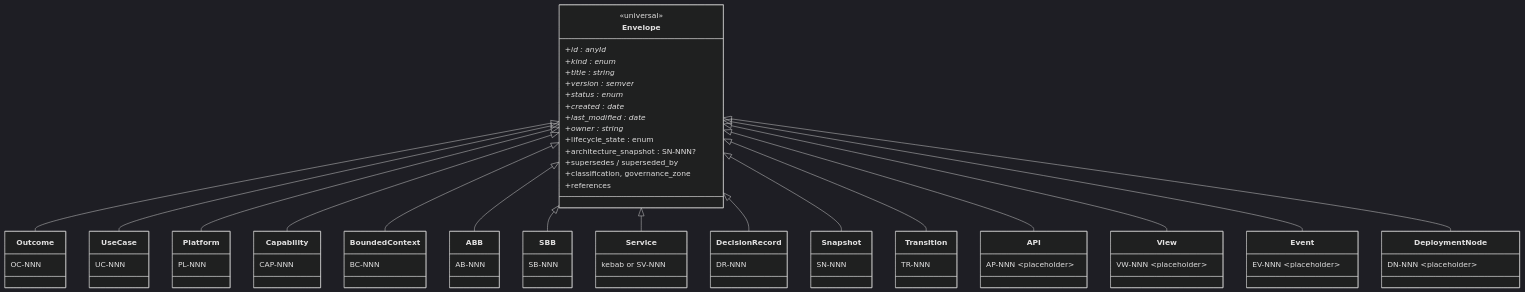
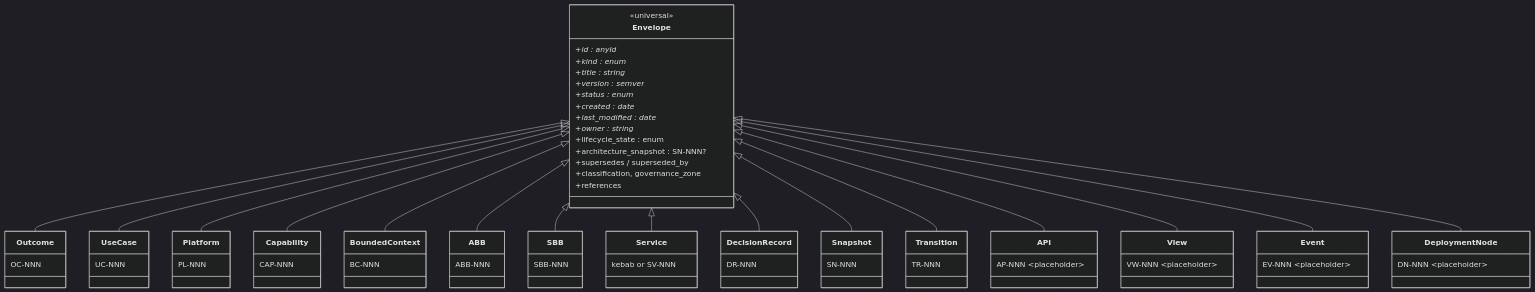
The first of 3 diagrams in standards/standard-frontmatter.md (dermot-obrien/ai-assisted-architecture), drawn with Mermaid (dark theme) before and after one commit. The commit also changed other lines of this file and 15 other files, not shown here.

First line of the commit message:
refactor(ids): unify ABB/SBB identifiers on ABB-NNN / SBB-NNN

````diff
--- a/standards/standard-frontmatter.md
+++ b/standards/standard-frontmatter.md
@@ -647,53 +647,53 @@
 ```mermaid
 classDiagram
     direction TB
 
     class Envelope {
         <<universal>>
         +id : anyId *
         +kind : enum *
         +title : string *
         +version : semver *
         +status : enum *
         +created : date *
         +last_modified : date *
         +owner : string *
         +lifecycle_state : enum
         +architecture_snapshot : SN-NNN?
         +supersedes / superseded_by
         +classification, governance_zone
         +references
     }
 
     class Outcome { OC-NNN }
     class UseCase { UC-NNN }
     class Platform { PL-NNN }
     class Capability { CAP-NNN }
     class BoundedContext { BC-NNN }
-    class ABB { AB-NNN }
-    class SBB { SB-NNN }
+    class ABB { ABB-NNN }
+    class SBB { SBB-NNN }
     class Service { kebab or SV-NNN }
     class DecisionRecord { DR-NNN }
     class Snapshot { SN-NNN }
     class Transition { TR-NNN }
     class API { AP-NNN ~placeholder~ }
     class View { VW-NNN ~placeholder~ }
     class Event { EV-NNN ~placeholder~ }
     class DeploymentNode { DN-NNN ~placeholder~ }
 
     Envelope <|-- Outcome
     Envelope <|-- UseCase
     Envelope <|-- Platform
     Envelope <|-- Capability
     Envelope <|-- BoundedContext
     Envelope <|-- ABB
     Envelope <|-- SBB
     Envelope <|-- Service
     Envelope <|-- DecisionRecord
     Envelope <|-- Snapshot
     Envelope <|-- Transition
     Envelope <|-- API
     Envelope <|-- View
     Envelope <|-- Event
     Envelope <|-- DeploymentNode
 ```
````
